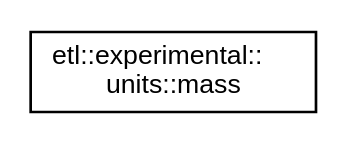
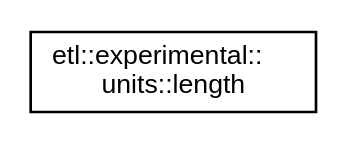
Before and after one commit to tobanteAudio/taetl: the diagram in inherit_graph_17.dot, drawn with Graphviz. The commit also changed 256 other files, not shown here.

```diff
--- a/inherit_graph_17.dot
+++ b/inherit_graph_17.dot
@@ -1,7 +1,7 @@
 digraph "Graphical Class Hierarchy"
 {
   edge [fontname="Helvetica",fontsize="10",labelfontname="Helvetica",labelfontsize="10"];
   node [fontname="Helvetica",fontsize="10",shape=record];
   rankdir="LR";
-  Node0 [label="etl::experimental::\lunits::mass",height=0.2,width=0.4,color="black", fillcolor="white", style="filled",URL="$structetl_1_1experimental_1_1units_1_1mass.html"];
+  Node0 [label="etl::experimental::\lunits::length",height=0.2,width=0.4,color="black", fillcolor="white", style="filled",URL="$structetl_1_1experimental_1_1units_1_1length.html"];
 }
```
